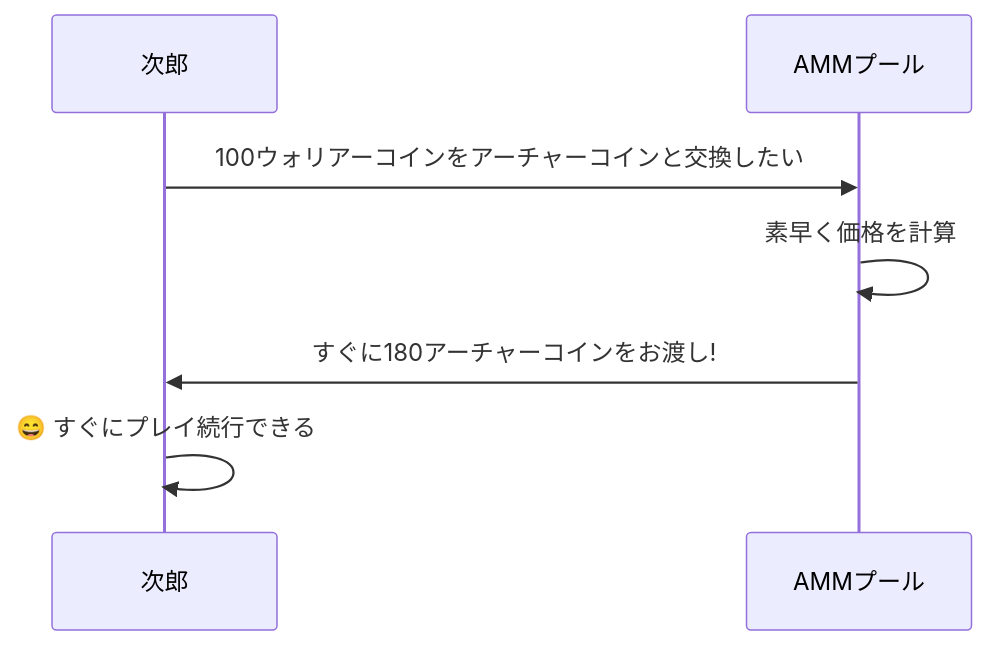
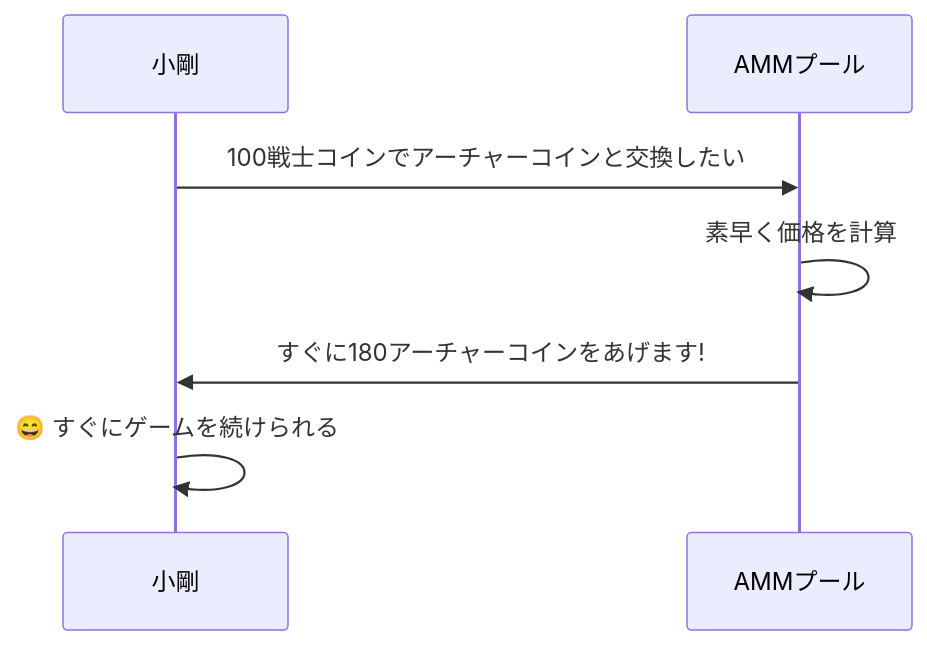
Before and after one commit to pinpetfun/pinpet-book: the eighth of 9 diagrams in doc/ja/AMM_Market_Making.md, drawn with Mermaid. The commit also changed other lines of this file and 54 other files, not shown here.

````diff
--- a/doc/ja/AMM_Market_Making.md
+++ b/doc/ja/AMM_Market_Making.md
@@ -301,10 +301,10 @@
 ```mermaid
 sequenceDiagram
-    participant 次郎
+    participant 小剛
     participant AMMプール
 
-    次郎->>AMMプール: 100ウォリアーコインをアーチャーコインと交換したい
+    小剛->>AMMプール: 100戦士コインでアーチャーコインと交換したい
     AMMプール->>AMMプール: 素早く価格を計算
-    AMMプール->>次郎: すぐに180アーチャーコインをお渡し!
-    次郎->>次郎: 😄 すぐにプレイ続行できる
+    AMMプール->>小剛: すぐに180アーチャーコインをあげます!
+    小剛->>小剛: 😄 すぐにゲームを続けられる
 ```
````
